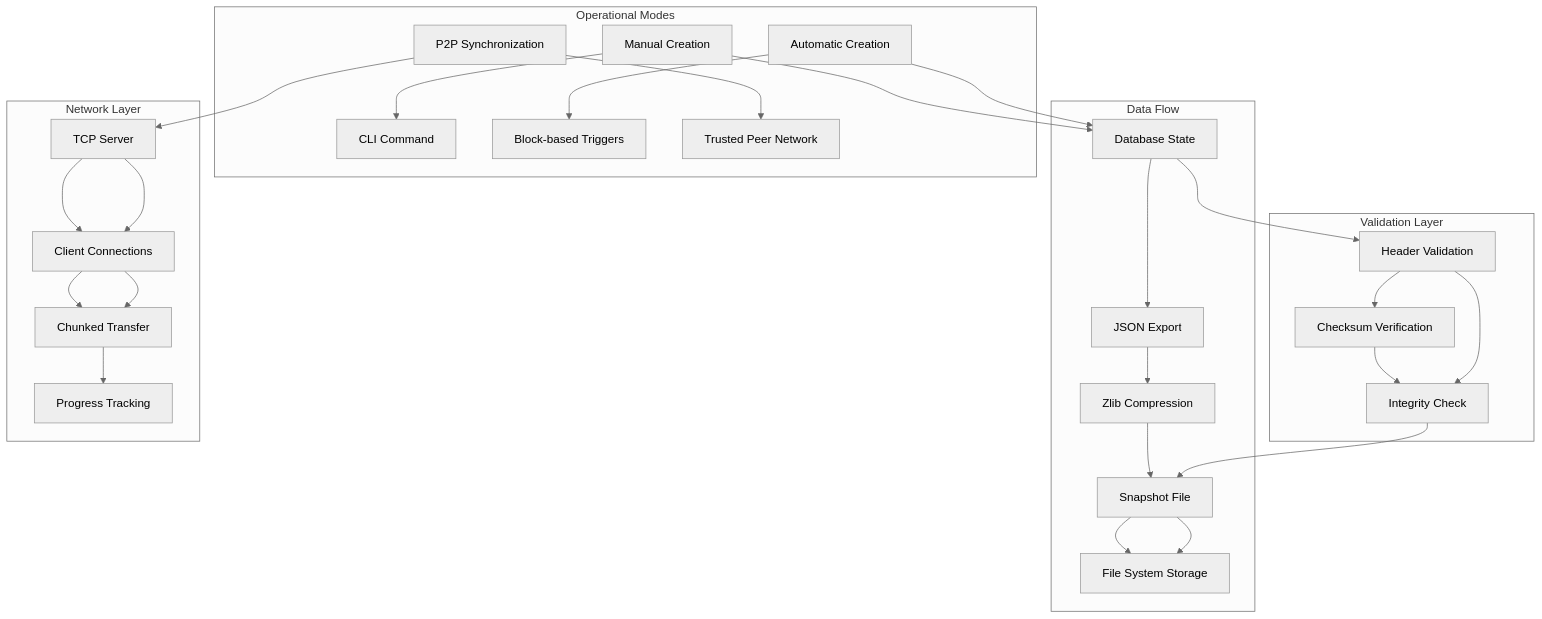
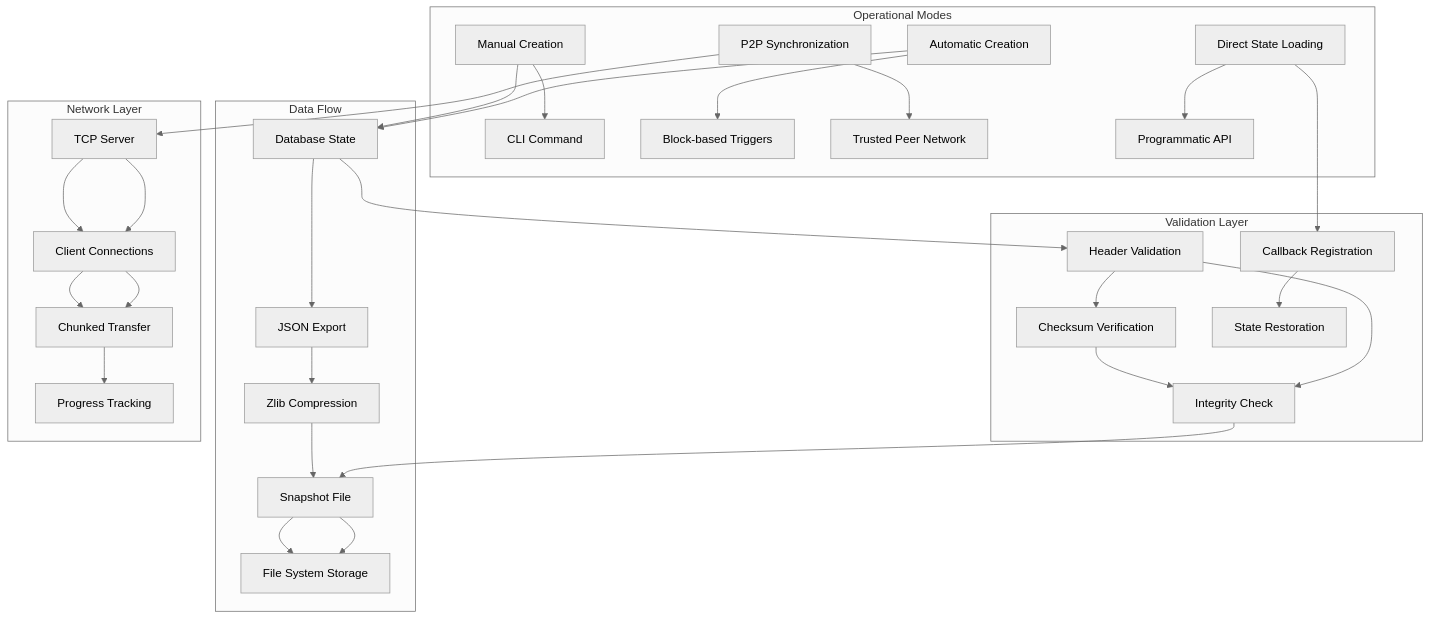
The fourth of 13 diagrams in .qoder/repowiki/en/content/Plugin System/Snapshot Plugin System.md (VIZ-Blockchain/viz-cpp-node), drawn with Mermaid (neutral theme) before and after one commit. The commit also changed other lines of this file and 4 other files, not shown here.

````diff
--- a/.qoder/repowiki/en/content/Plugin System/Snapshot Plugin System.md
+++ b/.qoder/repowiki/en/content/Plugin System/Snapshot Plugin System.md
@@ -168,32 +188,35 @@
 ```mermaid
 graph TB
 subgraph "Operational Modes"
 A[Manual Creation] --> B[CLI Command]
 C[Automatic Creation] --> D[Block-based Triggers]
 E[P2P Synchronization] --> F[Trusted Peer Network]
+G[Direct State Loading] --> H[Programmatic API]
 end
 subgraph "Data Flow"
-G[Database State] --> H[JSON Export]
-H --> I[Zlib Compression]
-I --> J[Snapshot File]
-J --> K[File System Storage]
+I[Database State] --> J[JSON Export]
+J --> K[Zlib Compression]
+K --> L[Snapshot File]
+L --> M[File System Storage]
 end
 subgraph "Validation Layer"
-L[Header Validation] --> M[Checksum Verification]
-M --> N[Integrity Check]
+N[Header Validation] --> O[Checksum Verification]
+O --> P[Integrity Check]
+Q[Callback Registration] --> R[State Restoration]
 end
 subgraph "Network Layer"
-O[TCP Server] --> P[Client Connections]
-P --> Q[Chunked Transfer]
-Q --> R[Progress Tracking]
+S[TCP Server] --> T[Client Connections]
+T --> U[Chunked Transfer]
+U --> V[Progress Tracking]
 end
-A --> G
-C --> G
-E --> O
-G --> L
-L --> N
-N --> J
-J --> K
-O --> P
-P --> Q
+A --> I
+C --> I
+E --> S
+G --> Q
+I --> N
+N --> P
+P --> L
+L --> M
+S --> T
+T --> U
 ```
````
